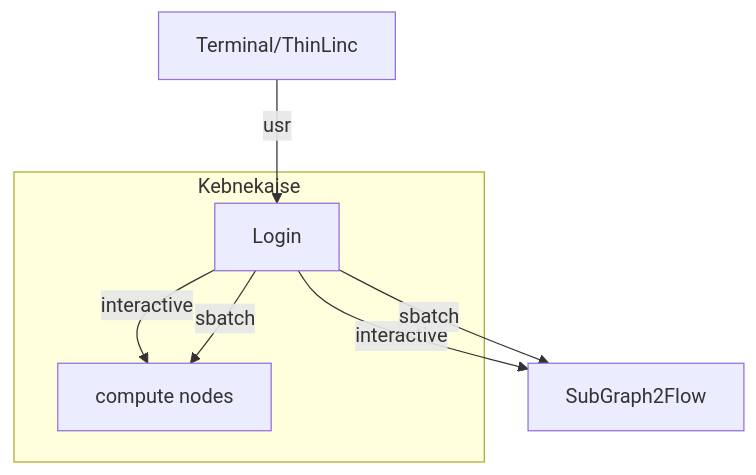
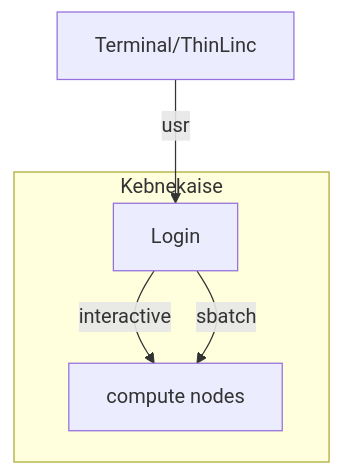
One commit to UPPMAX/R-python-julia-matlab-HPC changed the diagram in docs/mermaid/kebnekaise.mmd. Above: the diagram before and after it, drawn with Mermaid.

```diff
--- a/docs/mermaid/kebnekaise.mmd
+++ b/docs/mermaid/kebnekaise.mmd
@@ -1,12 +1,10 @@
  graph TB
 
-  Node1 -- interactive --> SubGraph2Flow
-  Node1 -- sbatch --> SubGraph2Flow
 
         Terminal/ThinLinc -- usr --> Node1
         
 
         subgraph "Kebnekaise"
         Node1[Login] -- interactive --> Node2[compute nodes]
         Node1 -- sbatch --> Node2
         end
```
